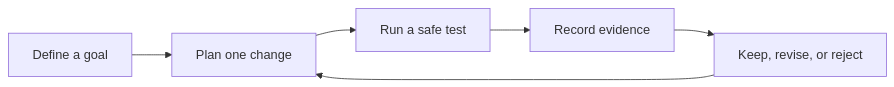
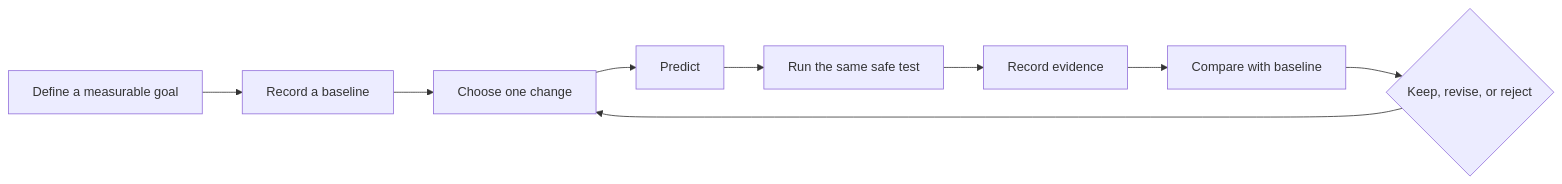
Before and after one commit to ARES-23247/ARESWEB: the diagram in content/learning/middle-school-stem/04-measure-test-improve.md, drawn with Mermaid. The commit also changed other lines of this file and 6 other files, not shown here.

````diff
--- a/content/learning/middle-school-stem/04-measure-test-improve.md
+++ b/content/learning/middle-school-stem/04-measure-test-improve.md
@@ -12,9 +36,12 @@
 ```mermaid
-%% aria: Students define a goal, plan one change, run a safe test, record evidence, and then keep, revise, or reject the change before repeating the cycle.
+%% aria: Students define a measurable goal, record a baseline, choose one design change, predict a result, run the same safe test, record evidence, compare it with the baseline, and then keep, revise, or reject the change before the next cycle.
 flowchart LR
-  A["Define a goal"] --> B["Plan one change"]
-  B --> C["Run a safe test"]
-  C --> D["Record evidence"]
-  D --> E["Keep, revise, or reject"]
-  E --> B
+  A["Define a measurable goal"] --> B["Record a baseline"]
+  B --> C["Choose one change"]
+  C --> D["Predict"]
+  D --> E["Run the same safe test"]
+  E --> F["Record evidence"]
+  F --> G["Compare with baseline"]
+  G --> H{"Keep, revise, or reject"}
+  H --> C
 ```
````
